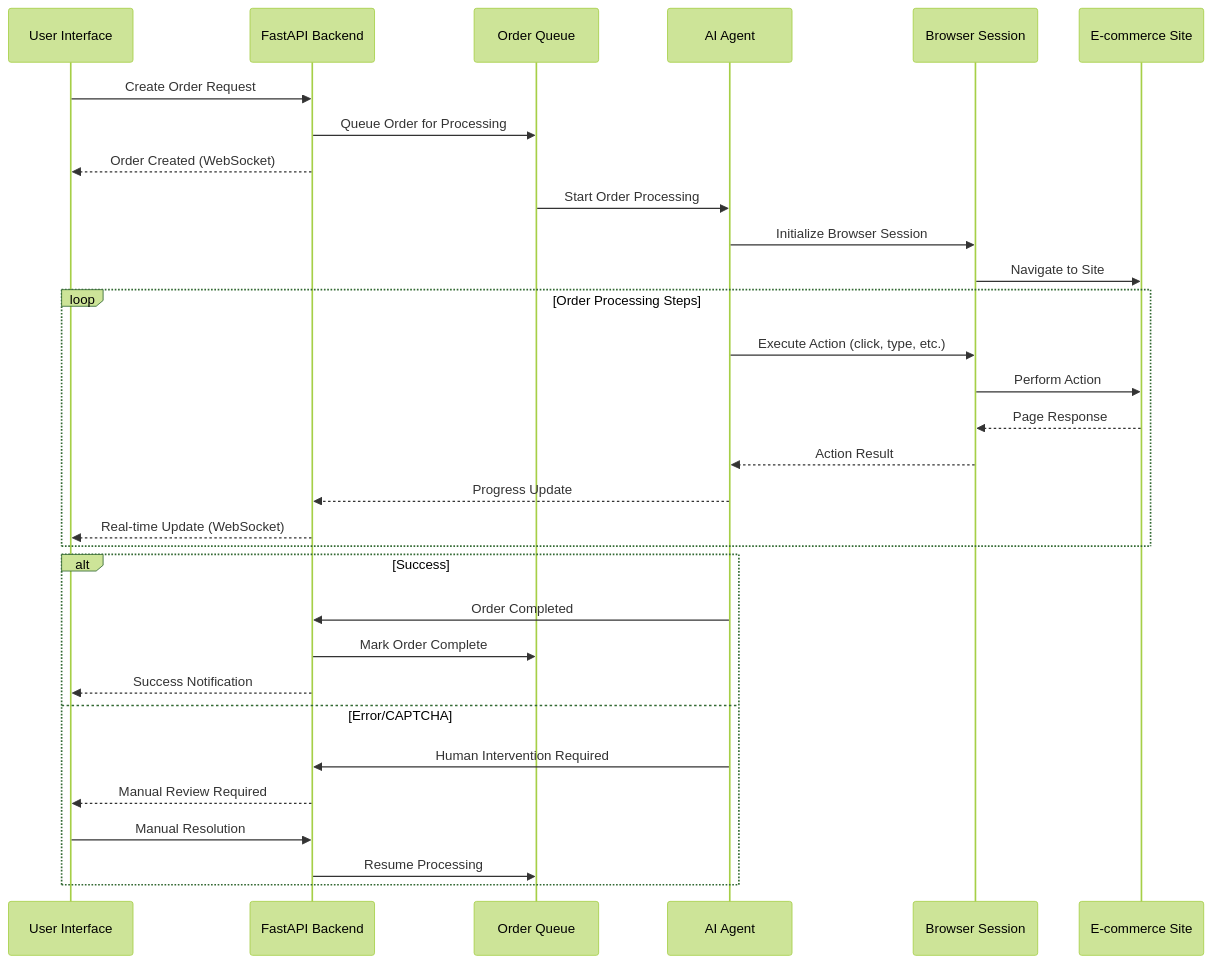
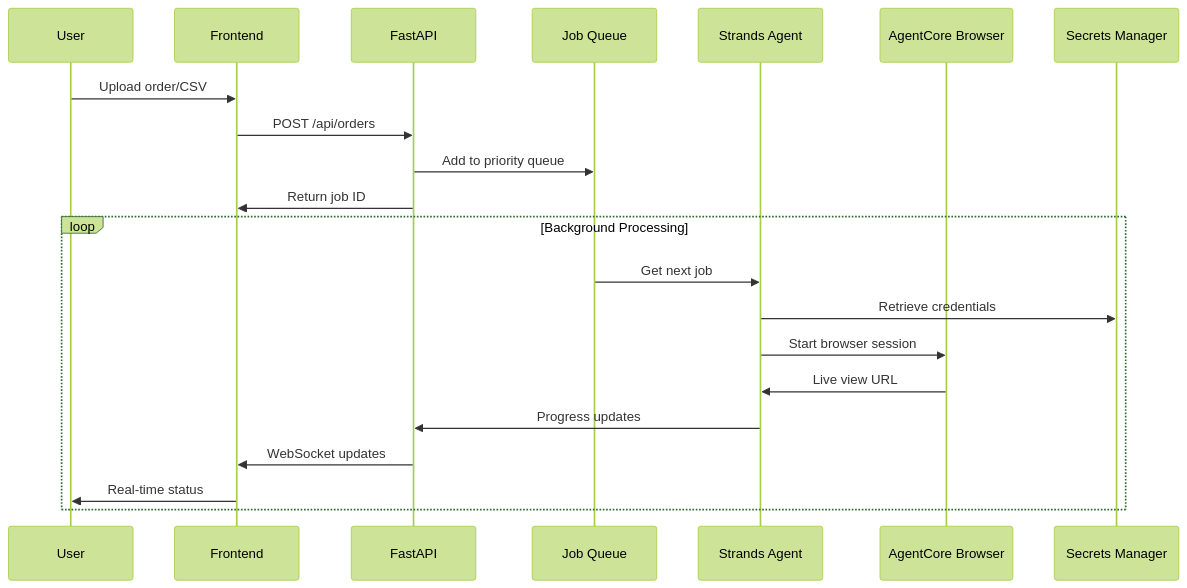
Before and after one commit to aws-samples/sample-browser-order-automation-agentcore: the second of 2 diagrams in README.md, drawn with Mermaid (forest theme). The commit also changed other lines of this file and 28 other files, not shown here.

First line of the commit message:
feat: Complete security review and AWS Secrets Manager integration

````diff
--- a/README.md
+++ b/README.md
@@ -43,37 +79,25 @@
 ```mermaid
 sequenceDiagram
-    participant U as User Interface
-    participant API as FastAPI Backend
-    participant Q as Order Queue
-    participant A as AI Agent
-    participant B as Browser Session
-    participant E as E-commerce Site
+    participant U as User
+    participant F as Frontend
+    participant A as FastAPI
+    participant Q as Job Queue
+    participant S as Strands Agent
+    participant B as AgentCore Browser
+    participant SM as Secrets Manager
 
-    U->>API: Create Order Request
-    API->>Q: Queue Order for Processing
-    API-->>U: Order Created (WebSocket)
+    U->>F: Upload order/CSV
+    F->>A: POST /api/orders
+    A->>Q: Add to priority queue
+    A->>F: Return job ID
     
-    Q->>A: Start Order Processing
-    A->>B: Initialize Browser Session
-    B->>E: Navigate to Site
-    
-    loop Order Processing Steps
-        A->>B: Execute Action (click, type, etc.)
-        B->>E: Perform Action
-        E-->>B: Page Response
-        B-->>A: Action Result
-        A-->>API: Progress Update
-        API-->>U: Real-time Update (WebSocket)
-    end
-    
-    alt Success
-        A->>API: Order Completed
-        API->>Q: Mark Order Complete
-        API-->>U: Success Notification
-    else Error/CAPTCHA
-        A->>API: Human Intervention Required
-        API-->>U: Manual Review Required
-        U->>API: Manual Resolution
-        API->>Q: Resume Processing
+    loop Background Processing
+        Q->>S: Get next job
+        S->>SM: Retrieve credentials
+        S->>B: Start browser session
+        B->>S: Live view URL
+        S->>A: Progress updates
+        A->>F: WebSocket updates
+        F->>U: Real-time status
     end
 ```
````
